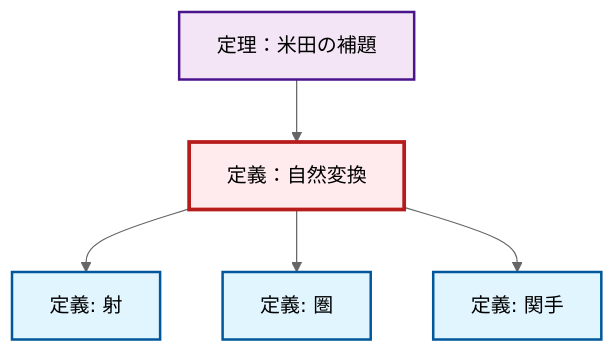
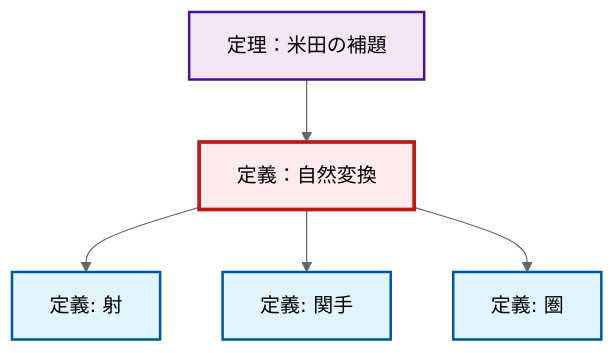
One commit to RK0429/ModernMath changed the diagram in content/ja/category-theory/def-natural-transformation.qmd. Above: the diagram before and after it, drawn with Mermaid (neutral theme). The commit also changed 672 other files, not shown here.

````diff
--- a/content/ja/category-theory/def-natural-transformation.qmd
+++ b/content/ja/category-theory/def-natural-transformation.qmd
@@ -60,23 +60,23 @@
 ```{mermaid}
-%%| fig-cap: "Local dependency graph"
+%%| fig-cap: "ローカル依存関係グラフ"
 graph TD
     classDef definition fill:#e1f5fe,stroke:#01579b,stroke-width:2px
     classDef theorem fill:#f3e5f5,stroke:#4a148c,stroke-width:2px
     classDef axiom fill:#fff3e0,stroke:#e65100,stroke-width:2px
     classDef example fill:#e8f5e9,stroke:#1b5e20,stroke-width:2px
     classDef current fill:#ffebee,stroke:#b71c1c,stroke-width:3px
     def-natural-transformation["定義：自然変換"]:::definition
+    def-morphism["定義: 射"]:::definition
     thm-yoneda["定理：米田の補題"]:::theorem
     def-category["定義: 圏"]:::definition
     def-functor["定義: 関手"]:::definition
-    def-morphism["定義: 射"]:::definition
     def-natural-transformation --> def-morphism
     thm-yoneda --> def-natural-transformation
+    def-natural-transformation --> def-functor
     def-natural-transformation --> def-category
-    def-natural-transformation --> def-functor
     class def-natural-transformation current
+    click def-morphism "def-morphism.html" "射の定義へ"
     click thm-yoneda "thm-yoneda.html" "定理：米田の補題へ"
     click def-category "def-category.html" "圏の定義へ"
     click def-functor "def-functor.html" "関手の定義へ"
-    click def-morphism "def-morphism.html" "射の定義へ"
 ```
````
